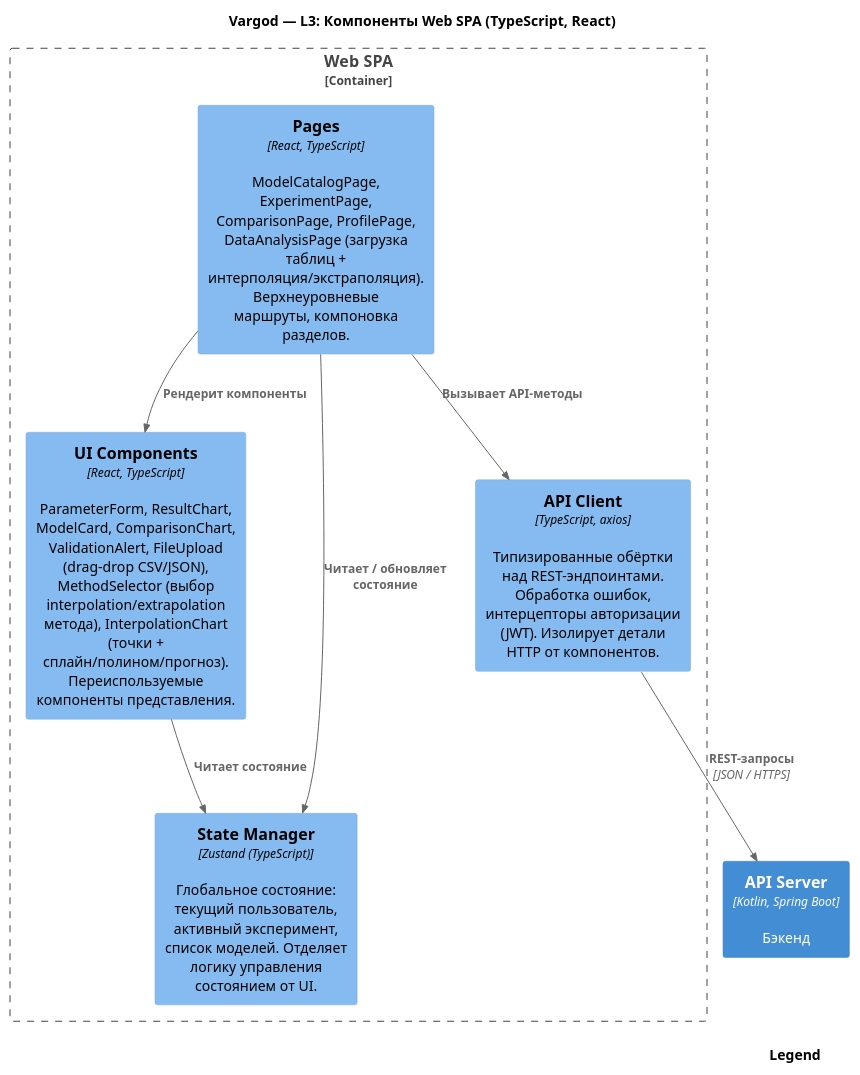
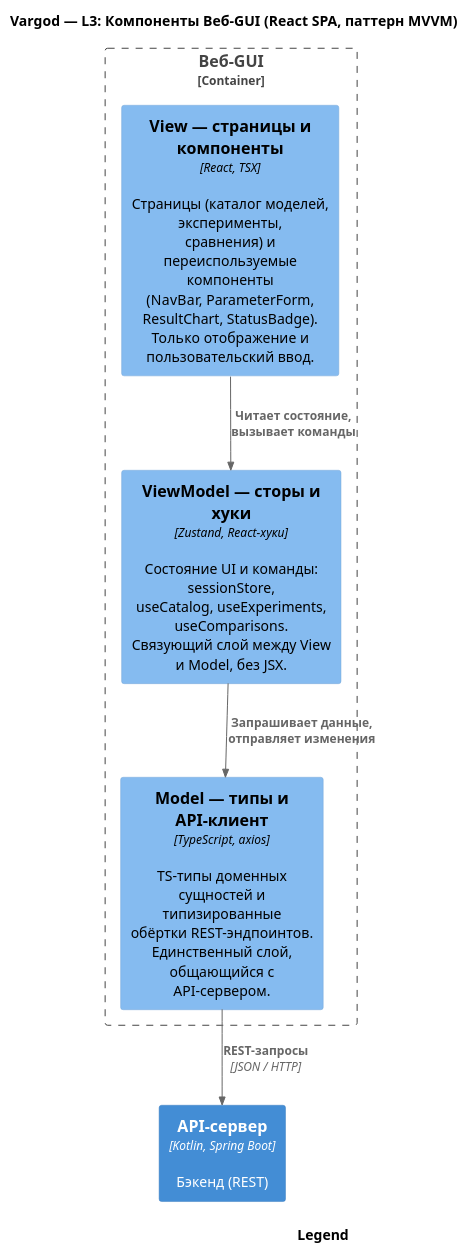
The diagram in diagrams/c4_l3_component_frontend.puml (Nna2291/vargod), drawn with PlantUML before and after one commit. The commit also changed 324 other files, not shown here.

```diff
--- a/diagrams/c4_l3_component_frontend.puml
+++ b/diagrams/c4_l3_component_frontend.puml
@@ -1,23 +1,20 @@
 @startuml c4_l3_component_frontend
 !include https://raw.githubusercontent.com/plantuml-stdlib/C4-PlantUML/v2.10.0/C4_Component.puml
 
 SHOW_LEGEND()
 
-title Vargod — L3: Компоненты Web SPA (TypeScript, React)
+title Vargod — L3: Компоненты Веб-GUI (React SPA, паттерн MVVM)
 
-Container(api, "API Server", "Kotlin, Spring Boot", "Бэкенд")
+Container(api, "API-сервер", "Kotlin, Spring Boot", "Бэкенд (REST)")
 
-Container_Boundary(spa, "Web SPA") {
-    Component(pages, "Pages", "React, TypeScript", "ModelCatalogPage, ExperimentPage, ComparisonPage, ProfilePage, DataAnalysisPage (загрузка таблиц + интерполяция/экстраполяция). Верхнеуровневые маршруты, компоновка разделов.")
-    Component(uikit, "UI Components", "React, TypeScript", "ParameterForm, ResultChart, ModelCard, ComparisonChart, ValidationAlert, FileUpload (drag-drop CSV/JSON), MethodSelector (выбор interpolation/extrapolation метода), InterpolationChart (точки + сплайн/полином/прогноз). Переиспользуемые компоненты представления.")
-    Component(state, "State Manager", "Zustand (TypeScript)", "Глобальное состояние: текущий пользователь, активный эксперимент, список моделей. Отделяет логику управления состоянием от UI.")
-    Component(apiclient, "API Client", "TypeScript, axios", "Типизированные обёртки над REST-эндпоинтами. Обработка ошибок, интерцепторы авторизации (JWT). Изолирует детали HTTP от компонентов.")
+Container_Boundary(spa, "Веб-GUI") {
+    Component(view, "View — страницы и компоненты", "React, TSX", "Страницы (каталог моделей, эксперименты,\nсравнения) и переиспользуемые компоненты\n(NavBar, ParameterForm, ResultChart, StatusBadge).\nТолько отображение и пользовательский ввод.")
+    Component(viewmodel, "ViewModel — сторы и хуки", "Zustand, React-хуки", "Состояние UI и команды: sessionStore,\nuseCatalog, useExperiments, useComparisons.\nСвязующий слой между View и Model, без JSX.")
+    Component(model, "Model — типы и API-клиент", "TypeScript, axios", "TS-типы доменных сущностей и типизированные\nобёртки REST-эндпоинтов. Единственный слой,\nобщающийся с API-сервером.")
 }
 
-Rel(pages, uikit, "Рендерит компоненты")
-Rel(pages, state, "Читает / обновляет состояние")
-Rel(pages, apiclient, "Вызывает API-методы")
-Rel(uikit, state, "Читает состояние")
-Rel(apiclient, api, "REST-запросы", "JSON / HTTPS")
+Rel(view, viewmodel, "Читает состояние,\nвызывает команды")
+Rel(viewmodel, model, "Запрашивает данные,\nотправляет изменения")
+Rel(model, api, "REST-запросы", "JSON / HTTP")
 
 @enduml
```
